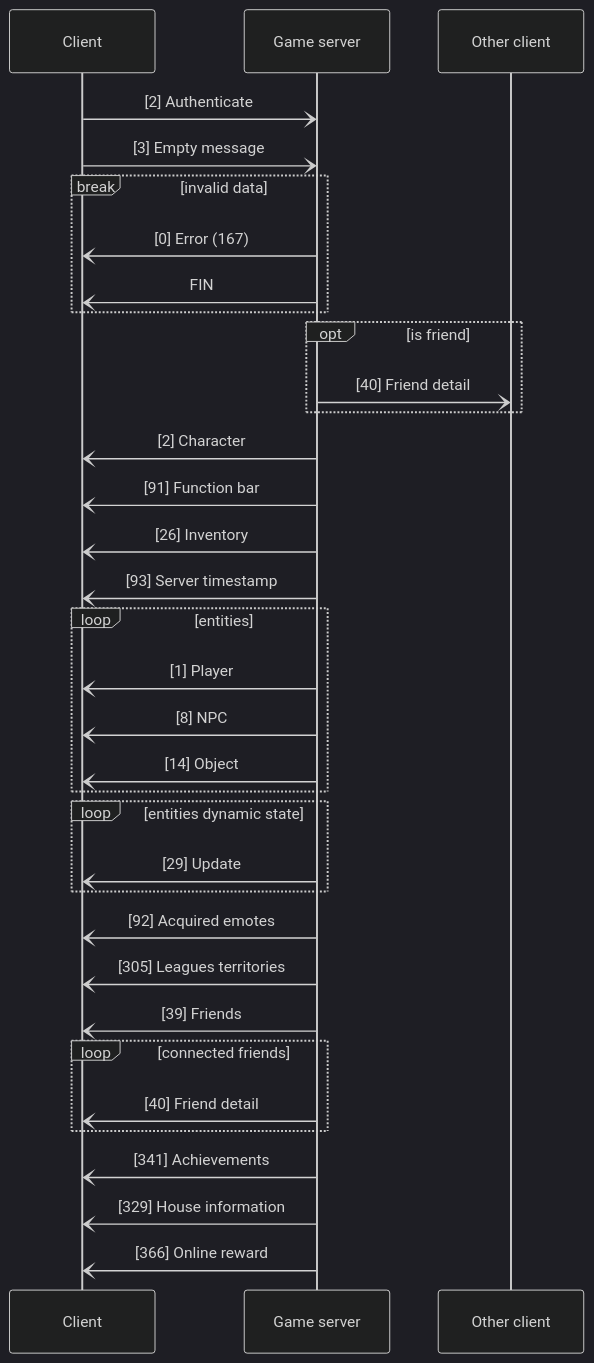
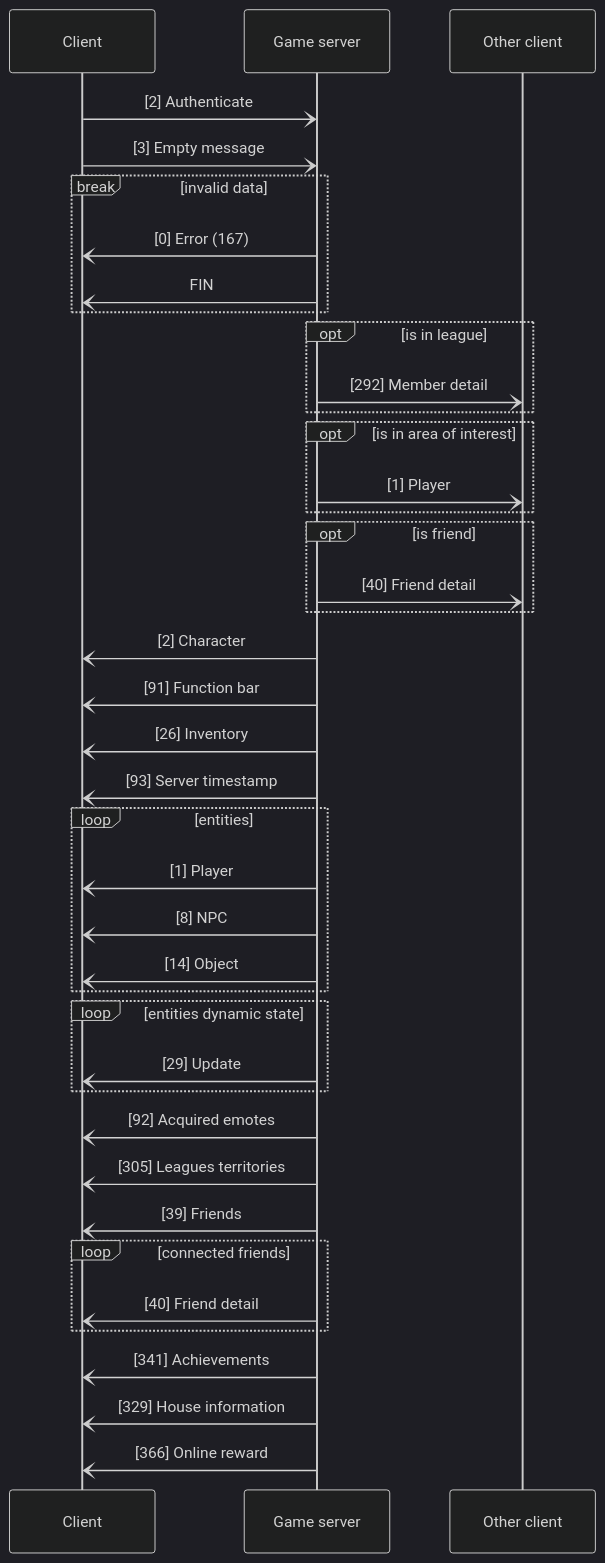
One commit to fygonzalo/banana changed the second of 3 diagrams in README.md. Above: the diagram before and after it, drawn with Mermaid (dark theme). The commit also changed other lines of this file, not shown here.

Commit message:
docs: add disconnection flow

````diff
--- a/README.md
+++ b/README.md
@@ -30,36 +37,42 @@
 ```mermaid
 sequenceDiagram
     participant Client
     participant Game server
     participant Other client
     Client-)Game server: [2] Authenticate
     Client-)Game server: [3] Empty message
     break invalid data
     Game server-)Client: [0] Error (167)
     Game server-)Client: FIN
+    end
+    opt is in league
+    Game server-)Other client: [292] Member detail
+    end
+    opt is in area of interest
+    Game server-)Other client: [1] Player
     end
     opt is friend
     Game server-)Other client: [40] Friend detail
     end
     Game server-)Client: [2] Character
     Game server-)Client: [91] Function bar
     Game server-)Client: [26] Inventory
     Game server-)Client: [93] Server timestamp
     loop entities
     Game server-)Client: [1] Player
     Game server-)Client: [8] NPC
     Game server-)Client: [14] Object
     end
     loop entities dynamic state
     Game server-)Client: [29] Update
     end
     Game server-)Client: [92] Acquired emotes
     Game server-)Client: [305] Leagues territories
     Game server-)Client: [39] Friends
     loop connected friends
     Game server-)Client: [40] Friend detail
     end
     Game server-)Client: [341] Achievements
     Game server-)Client: [329] House information
     Game server-)Client: [366] Online reward
 ```
````
